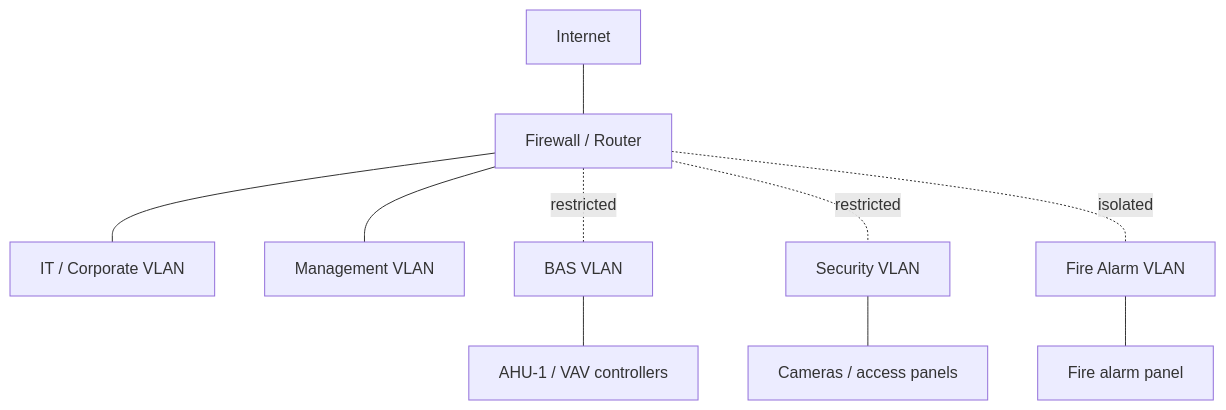
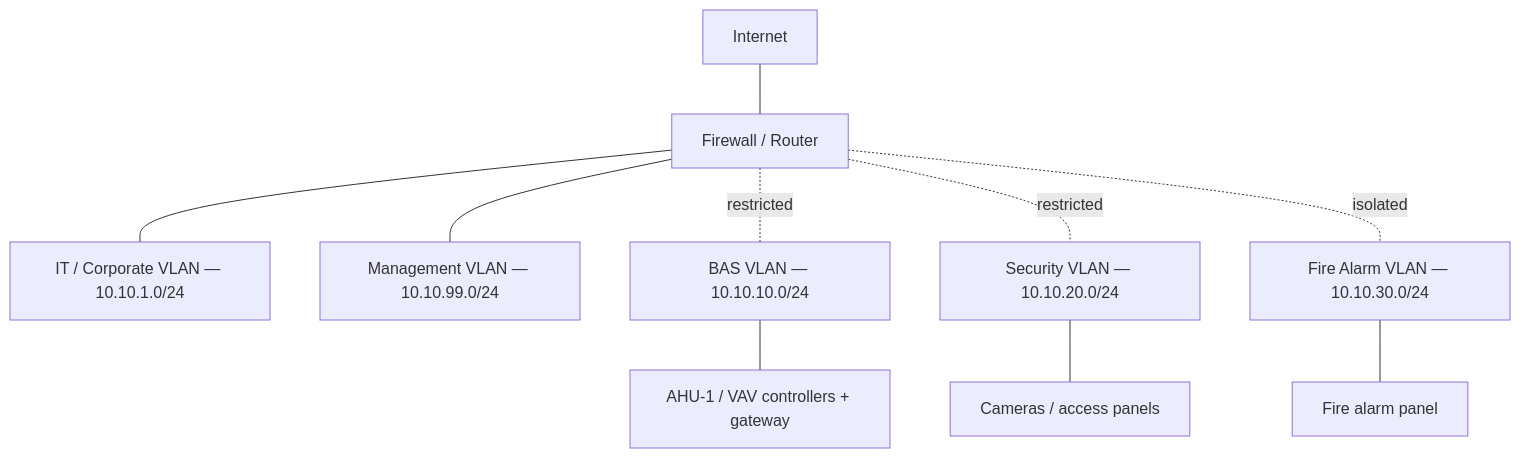
The diagram in docs/network-design.md (DanielGarciaGuillen/bas), drawn with Mermaid before and after one commit. The commit also changed other lines of this file and 8 other files, not shown here.

````diff
--- a/docs/network-design.md
+++ b/docs/network-design.md
@@ -47,12 +77,12 @@
 ```mermaid
 flowchart TB
     INET[Internet] --- FW[Firewall / Router]
-    FW --- IT[IT / Corporate VLAN]
-    FW --- MGMT[Management VLAN]
-    FW -. restricted .- BAS[BAS VLAN]
-    FW -. restricted .- SEC[Security VLAN]
-    FW -. isolated .- FIRE[Fire Alarm VLAN]
-    BAS --- AHU[AHU-1 / VAV controllers]
+    FW --- IT["IT / Corporate VLAN — 10.10.1.0/24"]
+    FW --- MGMT["Management VLAN — 10.10.99.0/24"]
+    FW -. restricted .- BAS["BAS VLAN — 10.10.10.0/24"]
+    FW -. restricted .- SEC["Security VLAN — 10.10.20.0/24"]
+    FW -. isolated .- FIRE["Fire Alarm VLAN — 10.10.30.0/24"]
+    BAS --- AHU[AHU-1 / VAV controllers + gateway]
     SEC --- CAM[Cameras / access panels]
     FIRE --- PANEL[Fire alarm panel]
 ```
````
